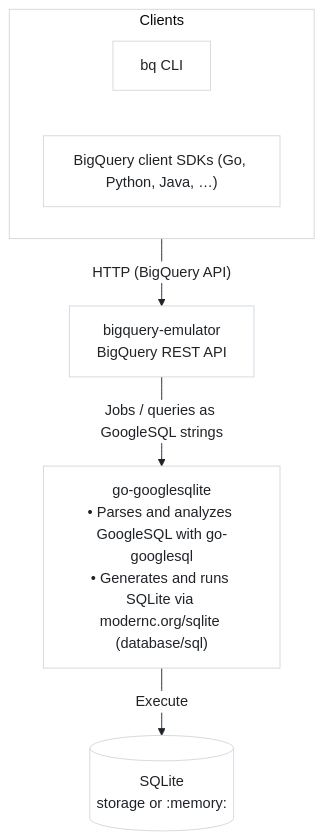
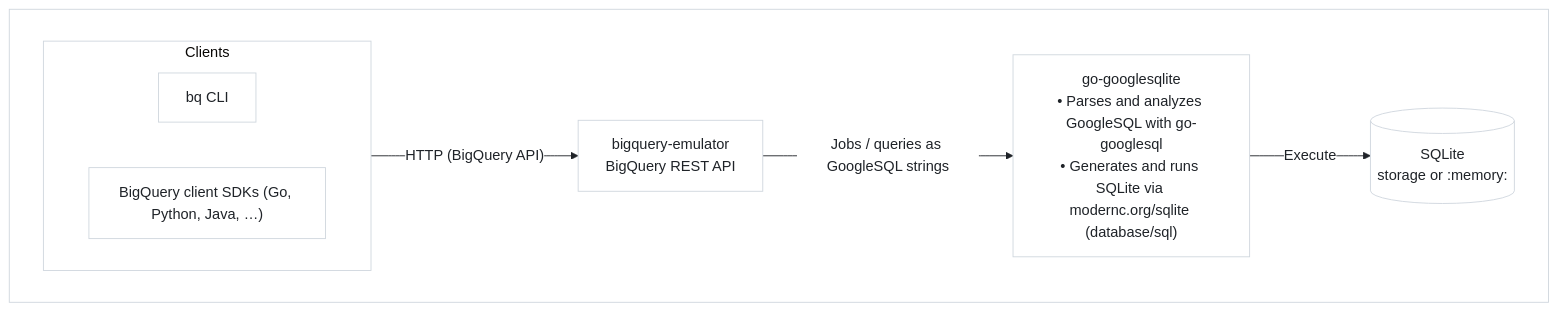
The first of 2 diagrams in README.md (vantaboard/bigquery-emulator), drawn with Mermaid before and after one commit. The commit also changed other lines of this file, not shown here.

First line of the commit message:
docs(readme): use Mermaid YAML config and outer subgraph for dark mode

````diff
--- a/README.md
+++ b/README.md
@@ -289,16 +289,35 @@
 ```mermaid
-%%{init: {'theme':'base', 'themeVariables': {'background':'#ffffff','mainBkg':'#ffffff','clusterBkg':'#ffffff','lineColor':'#1f2328','arrowheadColor':'#1f2328','primaryTextColor':'#1f2328','primaryBorderColor':'#d0d7de','clusterBorder':'#d0d7de','edgeLabelBackground':'#ffffff','edgeLabelColor':'#1f2328','secondaryBkg':'#f6f8fa','tertiaryColor':'#f6f8fa'}}}%%
+---
+config:
+  theme: base
+  themeVariables:
+    background: '#ffffff'
+    mainBkg: '#ffffff'
+    clusterBkg: '#ffffff'
+    lineColor: '#1f2328'
+    arrowheadColor: '#1f2328'
+    primaryTextColor: '#1f2328'
+    primaryBorderColor: '#d0d7de'
+    clusterBorder: '#d0d7de'
+    edgeLabelBackground: '#ffffff'
+    edgeLabelColor: '#1f2328'
+    secondaryBkg: '#f6f8fa'
+    tertiaryColor: '#f6f8fa'
+    darkMode: false
+---
 flowchart TD
-  subgraph clientLayer [Clients]
-    direction LR
-    bqCli[bq CLI]
-    sdks["BigQuery client SDKs (Go, Python, Java, …)"]
+  subgraph diagramRoot [" "]
+    subgraph clientLayer [Clients]
+      direction LR
+      bqCli[bq CLI]
+      sdks["BigQuery client SDKs (Go, Python, Java, …)"]
+    end
+    bigqueryEmu["bigquery-emulator<br/>BigQuery REST API"]
+    googlesqlite["go-googlesqlite<br/>• Parses and analyzes GoogleSQL with go-googlesql<br/>• Generates and runs SQLite via modernc.org/sqlite (database/sql)"]
+    sqliteDb[(SQLite<br/>storage or :memory:)]
+
+    clientLayer -->|"HTTP (BigQuery API)"| bigqueryEmu
+    bigqueryEmu -->|"Jobs / queries as GoogleSQL strings"| googlesqlite
+    googlesqlite -->|"Execute"| sqliteDb
   end
-  bigqueryEmu["bigquery-emulator<br/>BigQuery REST API"]
-  googlesqlite["go-googlesqlite<br/>• Parses and analyzes GoogleSQL with go-googlesql<br/>• Generates and runs SQLite via modernc.org/sqlite (database/sql)"]
-  sqliteDb[(SQLite<br/>storage or :memory:)]
-
-  clientLayer -->|"HTTP (BigQuery API)"| bigqueryEmu
-  bigqueryEmu -->|"Jobs / queries as GoogleSQL strings"| googlesqlite
-  googlesqlite -->|"Execute"| sqliteDb
 ```
````
